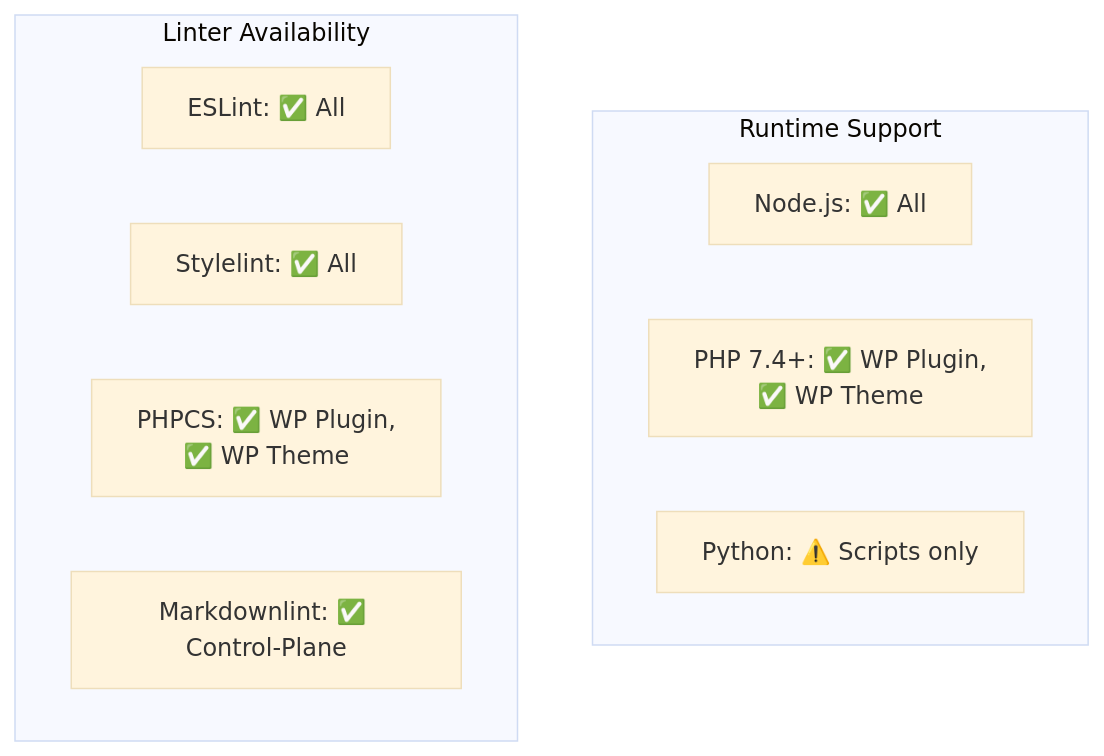
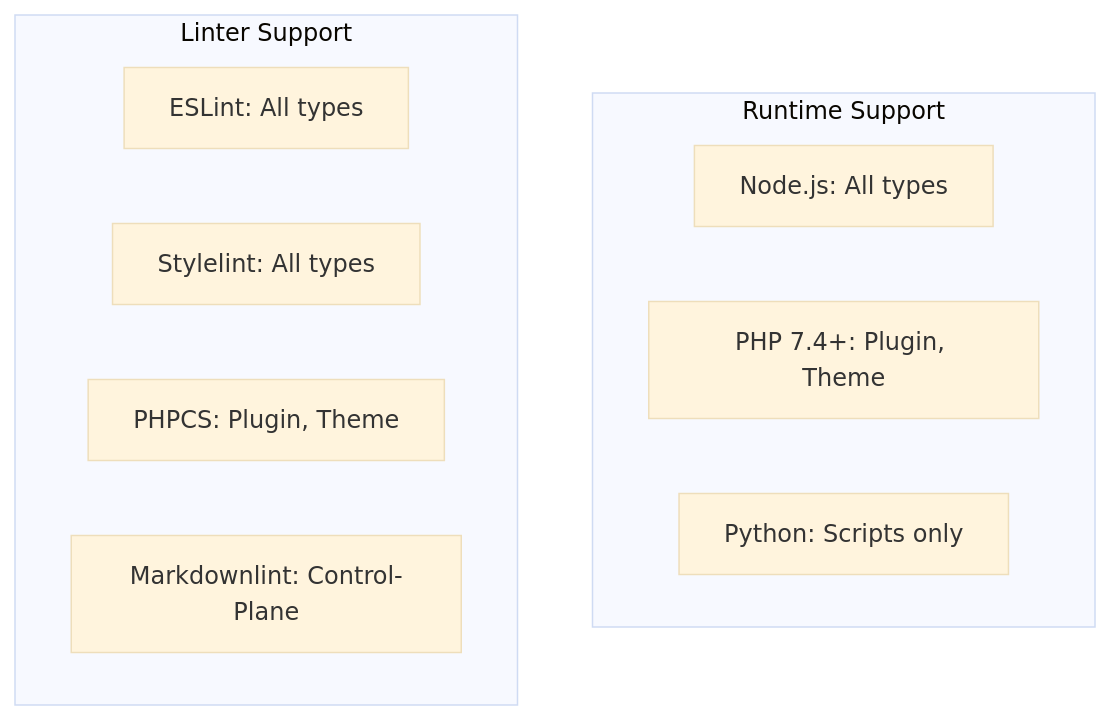
The second of 2 diagrams in .github/projects/active/linting-agent-2026-08-12/KICKOFF_PHASE4.md (lightspeedwp/.github), drawn with Mermaid before and after one commit. The commit also changed other lines of this file, not shown here.

Commit message:
fix: Remove HTML br tags from Mermaid diagrams for accessibility compliance

````diff
--- a/.github/projects/active/linting-agent-2026-08-12/KICKOFF_PHASE4.md
+++ b/.github/projects/active/linting-agent-2026-08-12/KICKOFF_PHASE4.md
@@ -233,17 +233,15 @@
 ```mermaid
 %%{init: {'theme': 'base'}}%%
 graph TB
     subgraph runtimes ["Runtime Support"]
-        direction LR
-        NJ["Node.js: ✅ All"]
-        PHP["PHP 7.4+: ✅ WP Plugin,<br/>✅ WP Theme"]
-        Python["Python: ⚠️ Scripts only"]
+        NJ["Node.js: All types"]
+        PHP["PHP 7.4+: Plugin, Theme"]
+        Python["Python: Scripts only"]
     end
-    subgraph linters ["Linter Availability"]
-        direction LR
-        ESL["ESLint: ✅ All"]
-        SL["Stylelint: ✅ All"]
-        PHPCS["PHPCS: ✅ WP Plugin,<br/>✅ WP Theme"]
-        MD["Markdownlint: ✅ Control-Plane"]
+    subgraph linters ["Linter Support"]
+        ESL["ESLint: All types"]
+        SL["Stylelint: All types"]
+        PHPCS["PHPCS: Plugin, Theme"]
+        MD["Markdownlint: Control-Plane"]
     end
 ```
````
